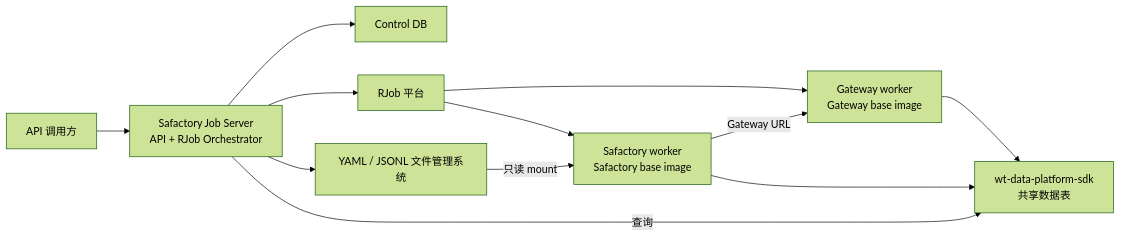
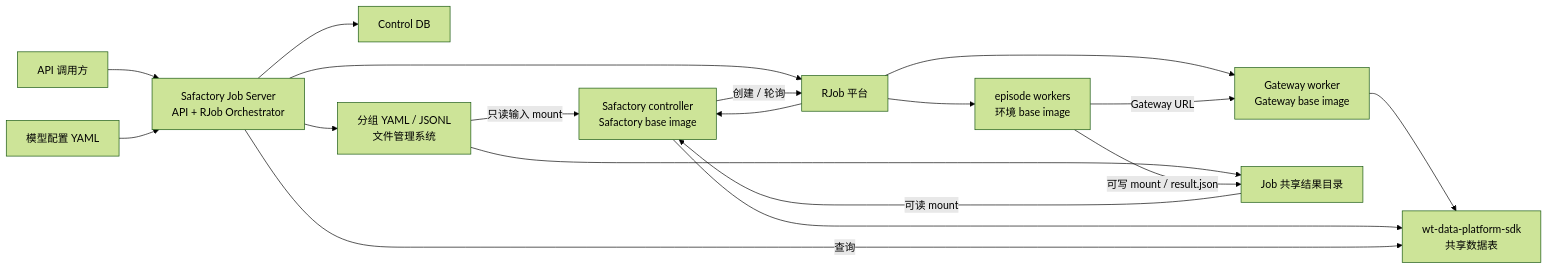
The first of 2 diagrams in docs/PRD.md (BinHuangPJLAB/SafactoryServer), drawn with Mermaid (forest theme) before and after one commit. The commit also changed other lines of this file and 1 other file, not shown here.

````diff
--- a/docs/PRD.md
+++ b/docs/PRD.md
@@ -154,16 +174,23 @@
 ```mermaid
 flowchart LR
     Client["API 调用方"] --> Server["Safactory Job Server<br/>API + RJob Orchestrator"]
+    ModelYAML["模型配置 YAML"] --> Server
     Server --> CDB["Control DB"]
-    Server --> FM["YAML / JSONL 文件管理系统"]
+    Server --> FM["分组 YAML / JSONL<br/>文件管理系统"]
     Server --> RJob["RJob 平台"]
 
     RJob --> GW["Gateway worker<br/>Gateway base image"]
-    RJob --> SW["Safactory worker<br/>Safactory base image"]
-    FM -->|"只读 mount"| SW
-    SW -->|"Gateway URL"| GW
+    RJob --> SC["Safactory controller<br/>Safactory base image"]
+    FM -->|"只读输入 mount"| SC
+    SC -->|"创建 / 轮询"| RJob
+    RJob --> EW["episode workers<br/>环境 base image"]
+    EW -->|"Gateway URL"| GW
+
+    FM --> RM["Job 共享结果目录"]
+    RM -->|"可读 mount"| SC
+    EW -->|"可写 mount / result.json"| RM
 
     GW --> DP["wt-data-platform-sdk<br/>共享数据表"]
-    SW --> DP
+    SC --> DP
     Server -->|"查询"| DP
 ```
````
